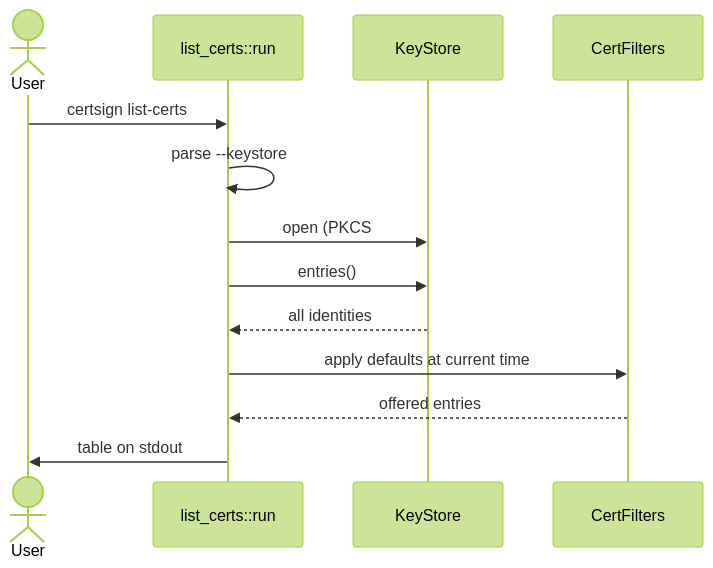
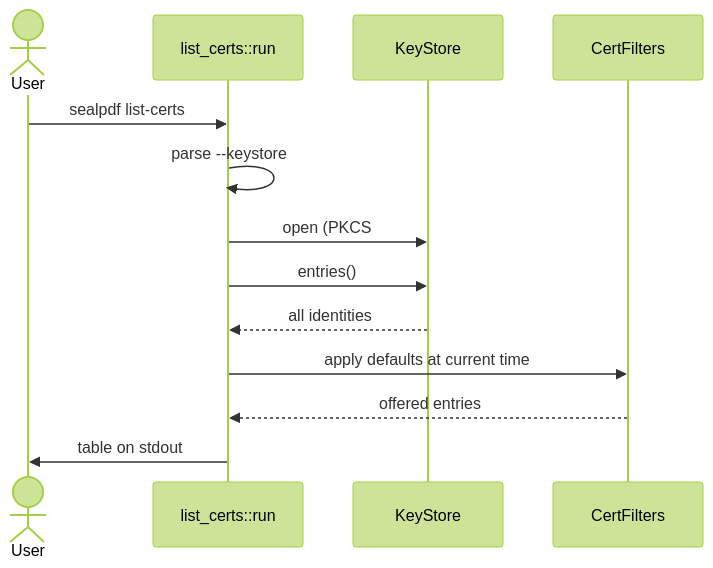
Before and after one commit to LeoBorai/SealPDF: the diagram in docs/cli/list-certs.md, drawn with Mermaid (forest theme). The commit also changed other lines of this file and 156 other files, not shown here.

````diff
--- a/docs/cli/list-certs.md
+++ b/docs/cli/list-certs.md
@@ -31,15 +31,15 @@
 ```mermaid
 sequenceDiagram
     actor User
     participant CLI as list_certs::run
     participant KS as KeyStore
     participant F as CertFilters
-    User->>CLI: certsign list-certs
+    User->>CLI: sealpdf list-certs
     CLI->>CLI: parse --keystore
     CLI->>KS: open (PKCS#12: ask password)
     CLI->>KS: entries()
     KS-->>CLI: all identities
     CLI->>F: apply defaults at current time
     F-->>CLI: offered entries
     CLI->>User: table on stdout
 ```
````
